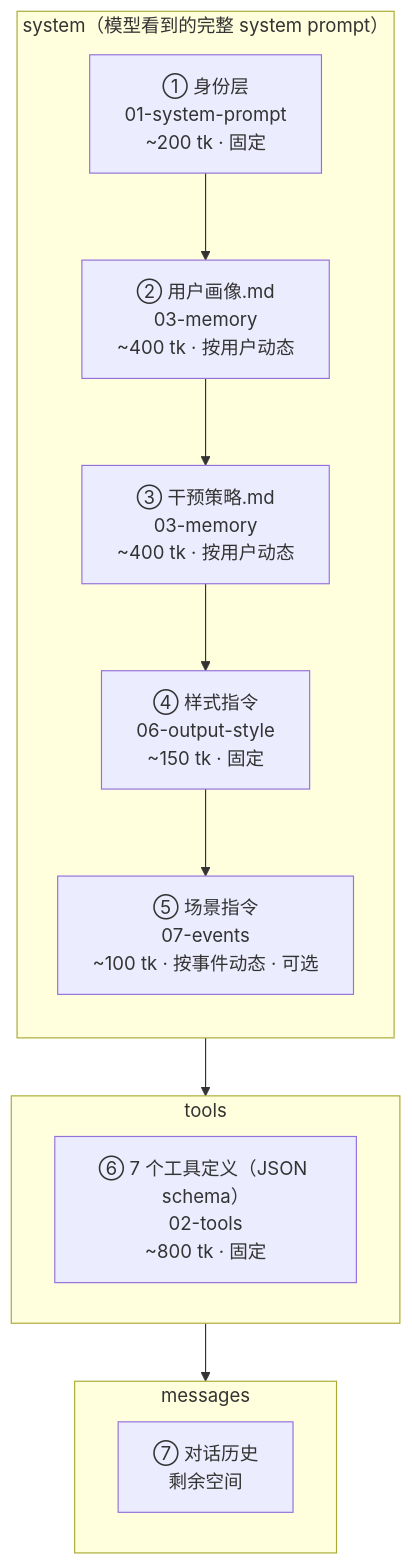
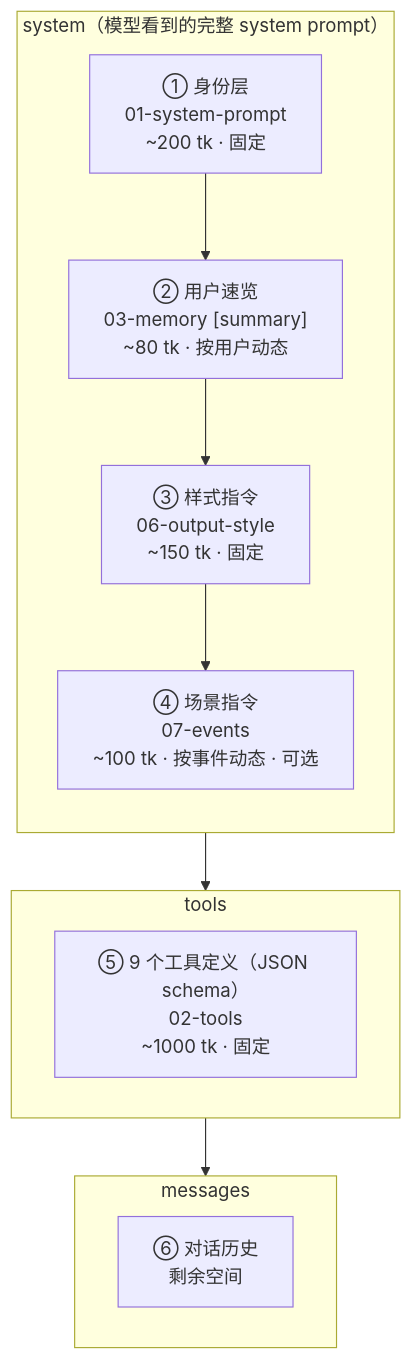
The diagram in isho-agent/04-context-assembly.md (Trendolhxh/test), drawn with Mermaid before and after one commit. The commit also changed other lines of this file, not shown here.

````diff
--- a/isho-agent/04-context-assembly.md
+++ b/isho-agent/04-context-assembly.md
@@ -10,22 +10,21 @@
 ```mermaid
 flowchart TD
     subgraph SYSTEM["system（模型看到的完整 system prompt）"]
         direction TB
         S1["① 身份层\n01-system-prompt\n~200 tk · 固定"]
-        S2["② 用户画像.md\n03-memory\n~400 tk · 按用户动态"]
-        S3["③ 干预策略.md\n03-memory\n~400 tk · 按用户动态"]
-        S4["④ 样式指令\n06-output-style\n~150 tk · 固定"]
-        S5["⑤ 场景指令\n07-events\n~100 tk · 按事件动态 · 可选"]
-        S1 --> S2 --> S3 --> S4 --> S5
+        S2["② 用户速览\n03-memory [summary]\n~80 tk · 按用户动态"]
+        S3["③ 样式指令\n06-output-style\n~150 tk · 固定"]
+        S4["④ 场景指令\n07-events\n~100 tk · 按事件动态 · 可选"]
+        S1 --> S2 --> S3 --> S4
     end
 
     subgraph TOOLS["tools"]
-        T1["⑥ 7 个工具定义（JSON schema）\n02-tools\n~800 tk · 固定"]
+        T1["⑤ 9 个工具定义（JSON schema）\n02-tools\n~1000 tk · 固定"]
     end
 
     subgraph MESSAGES["messages"]
-        M1["⑦ 对话历史\n剩余空间"]
+        M1["⑥ 对话历史\n剩余空间"]
     end
 
     SYSTEM --> TOOLS --> MESSAGES
 ```
````
